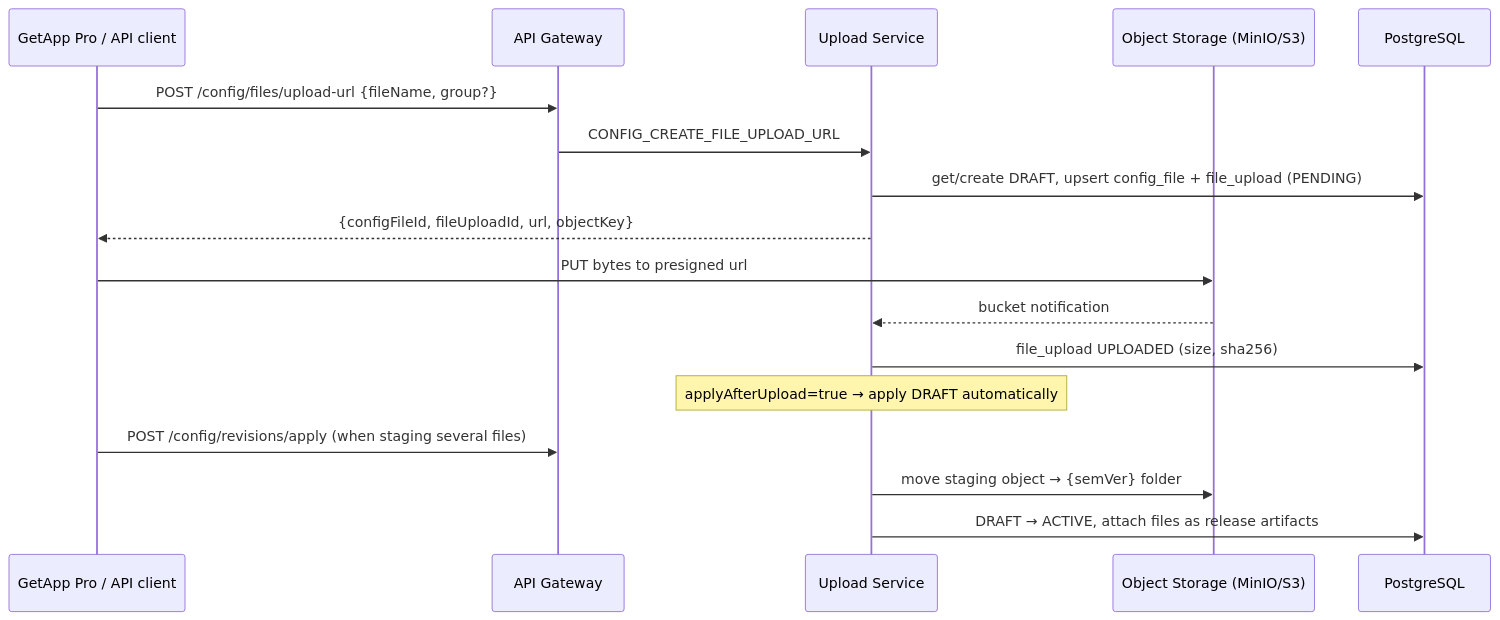
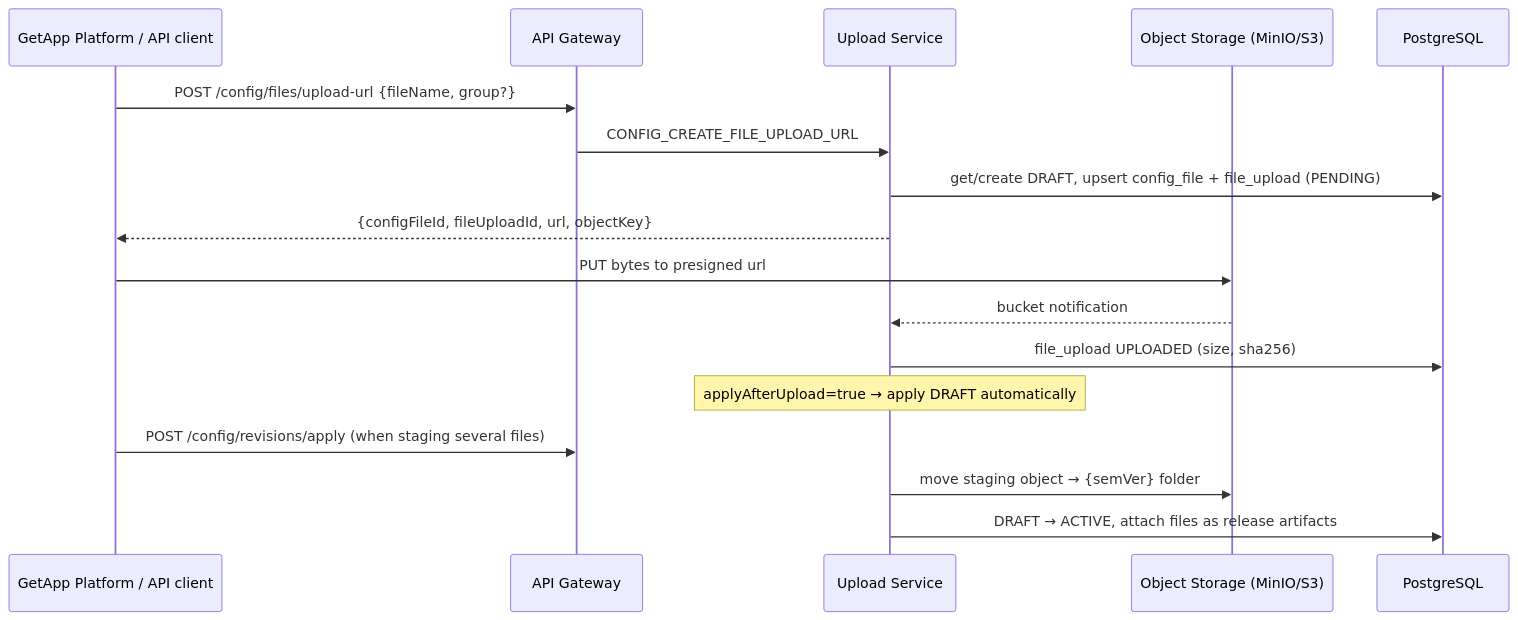
The second of 2 diagrams in docs/root/technician/agent/configurations/getconfig.md (getappsh/docs), drawn with Mermaid before and after one commit. The commit also changed other lines of this file and 5 other files, not shown here.

Commit message:
docs: rename GetApp Pro to GetApp Platform; drop legacy dashboard GitOps section

````diff
--- a/docs/root/technician/agent/configurations/getconfig.md
+++ b/docs/root/technician/agent/configurations/getconfig.md
@@ -194,20 +194,20 @@
 ```mermaid
 sequenceDiagram
-    participant UI as GetApp Pro / API client
+    participant UI as GetApp Platform / API client
     participant API as API Gateway
     participant Up as Upload Service
     participant S3 as Object Storage (MinIO/S3)
     participant DB as PostgreSQL
 
     UI->>API: POST /config/files/upload-url {fileName, group?}
     API->>Up: CONFIG_CREATE_FILE_UPLOAD_URL
     Up->>DB: get/create DRAFT, upsert config_file + file_upload (PENDING)
     Up-->>UI: {configFileId, fileUploadId, url, objectKey}
     UI->>S3: PUT bytes to presigned url
     S3-->>Up: bucket notification
     Up->>DB: file_upload UPLOADED (size, sha256)
     Note over Up: applyAfterUpload=true → apply DRAFT automatically
     UI->>API: POST /config/revisions/apply (when staging several files)
     Up->>S3: move staging object → {semVer} folder
     Up->>DB: DRAFT → ACTIVE, attach files as release artifacts
 ```
````
